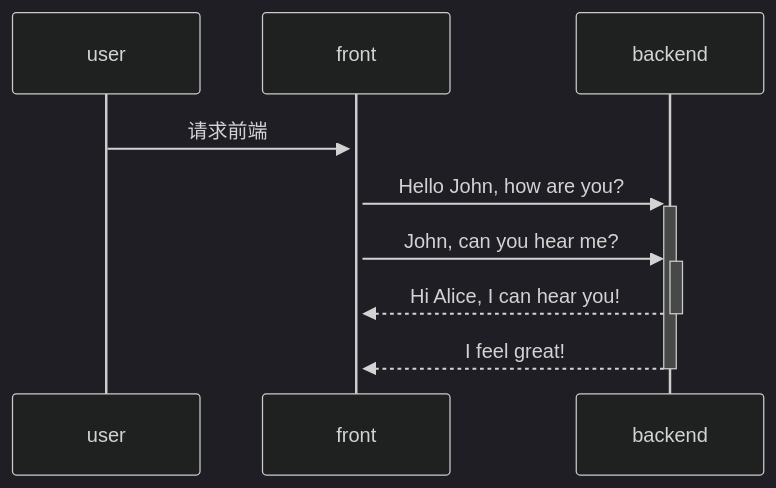
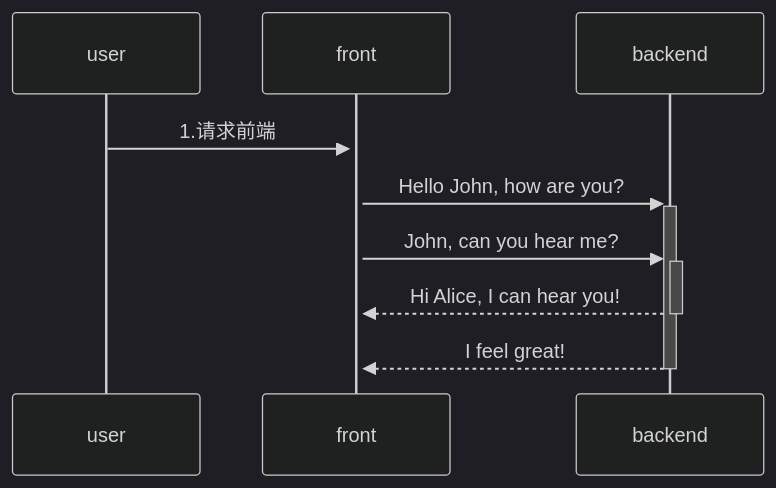
Before and after one commit to yingjianzh/iodraw-files: the diagram in all/未命名-4.md, drawn with Mermaid (dark theme).

Commit message:
2024-08-02 17:34:12 update

````diff
--- a/all/未命名-4.md
+++ b/all/未命名-4.md
@@ -1,9 +1,9 @@
 ```mermaid
 sequenceDiagram
-    user->>+front: 请求前端
+    user->>+front: 1.请求前端
     front->>+backend: Hello John, how are you?
     front->>+backend: John, can you hear me?
     backend-->>-front: Hi Alice, I can hear you!
     backend-->>-front: I feel great!
             
 ```
````
